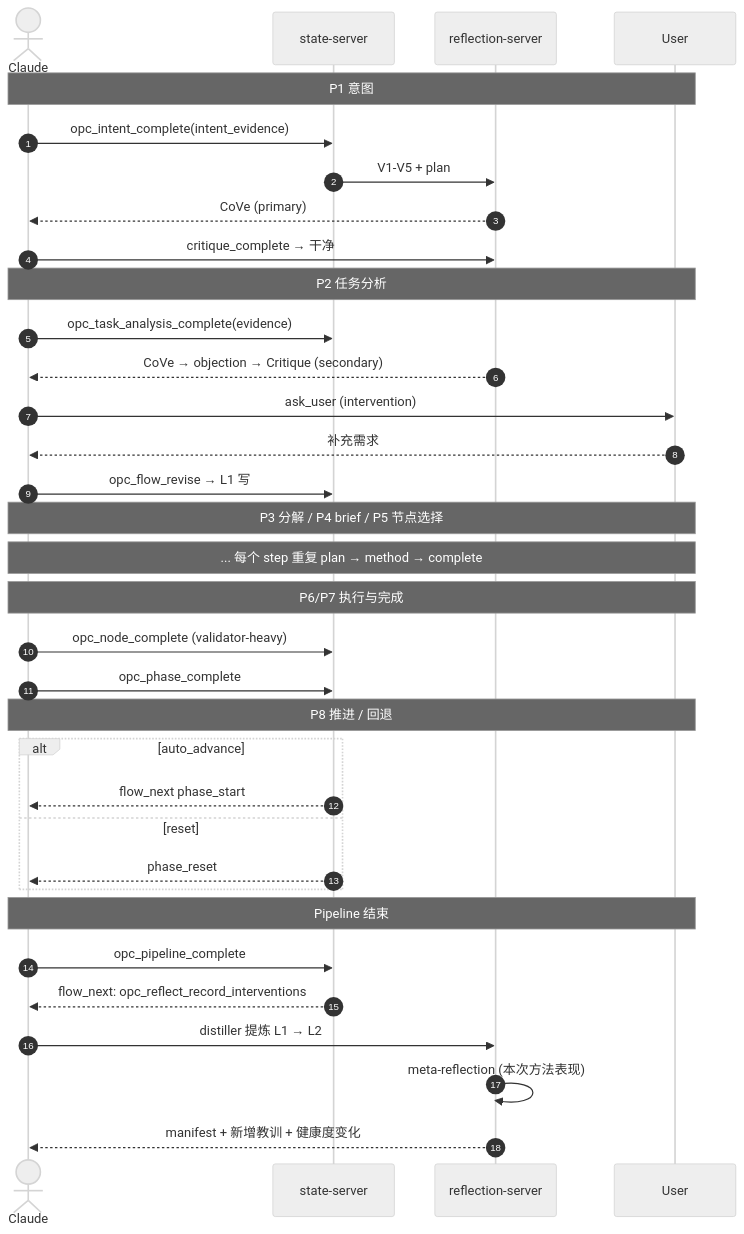
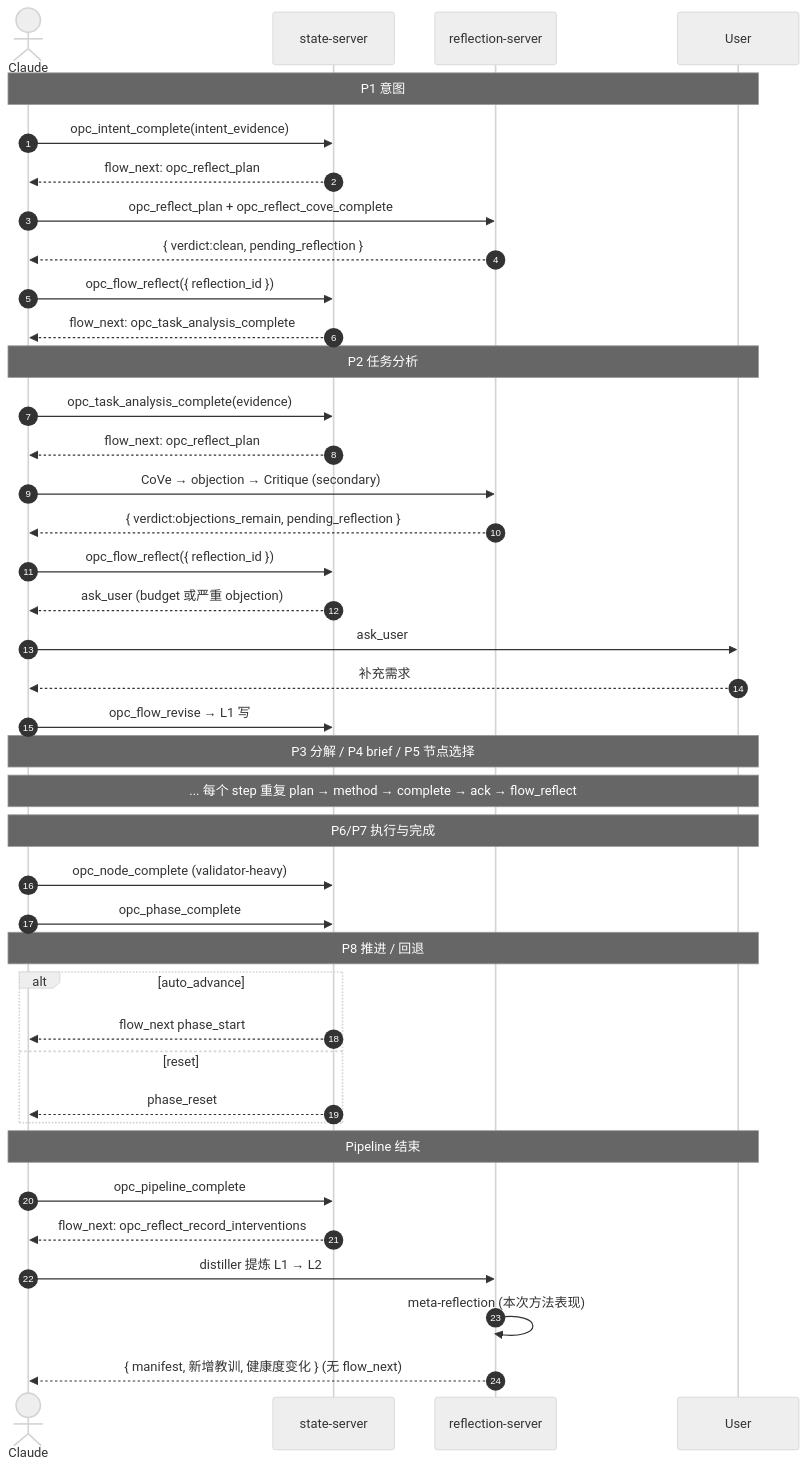
One commit to CaffeineOddity/opc-marketplace changed the third of 3 diagrams in doc/feature/05-opc-reflection-server/04-reflection-flow/00_overview.md. Above: the diagram before and after it, drawn with Mermaid (neutral theme). The commit also changed other lines of this file and 46 other files, not shown here.

First line of the commit message:
docs: add reflection call-sequence contract + three-server seam matrix, align flow tools

````diff
--- a/doc/feature/05-opc-reflection-server/04-reflection-flow/00_overview.md
+++ b/doc/feature/05-opc-reflection-server/04-reflection-flow/00_overview.md
@@ -163,42 +168,48 @@
 ```mermaid
 sequenceDiagram
     autonumber
     actor C as Claude
     participant SS as state-server
     participant RS as reflection-server
     participant U as User
 
     Note over C,U: P1 意图
     C->>SS: opc_intent_complete(intent_evidence)
-    SS->>RS: V1-V5 + plan
-    RS-->>C: CoVe (primary)
-    C->>RS: critique_complete → 干净
+    SS-->>C: flow_next: opc_reflect_plan
+    C->>RS: opc_reflect_plan + opc_reflect_cove_complete
+    RS-->>C: { verdict:clean, pending_reflection }
+    C->>SS: opc_flow_reflect({ reflection_id })
+    SS-->>C: flow_next: opc_task_analysis_complete
 
     Note over C,U: P2 任务分析
     C->>SS: opc_task_analysis_complete(evidence)
-    RS-->>C: CoVe → objection → Critique (secondary)
-    C->>U: ask_user (intervention)
+    SS-->>C: flow_next: opc_reflect_plan
+    C->>RS: CoVe → objection → Critique (secondary)
+    RS-->>C: { verdict:objections_remain, pending_reflection }
+    C->>SS: opc_flow_reflect({ reflection_id })
+    SS-->>C: ask_user (budget 或严重 objection)
+    C->>U: ask_user
     U-->>C: 补充需求
     C->>SS: opc_flow_revise → L1 写
 
     Note over C,U: P3 分解 / P4 brief / P5 节点选择
-    Note over C,U: ... 每个 step 重复 plan → method → complete
+    Note over C,U: ... 每个 step 重复 plan → method → complete → ack → flow_reflect
 
     Note over C,U: P6/P7 执行与完成
     C->>SS: opc_node_complete (validator-heavy)
     C->>SS: opc_phase_complete
 
     Note over C,U: P8 推进 / 回退
     alt auto_advance
         SS-->>C: flow_next phase_start
     else reset
         SS-->>C: phase_reset
     end
 
     Note over C,U: Pipeline 结束
     C->>SS: opc_pipeline_complete
     SS-->>C: flow_next: opc_reflect_record_interventions
     C->>RS: distiller 提炼 L1 → L2
     RS->>RS: meta-reflection (本次方法表现)
-    RS-->>C: manifest + 新增教训 + 健康度变化
+    RS-->>C: { manifest, 新增教训, 健康度变化 } (无 flow_next)
 ```
````
